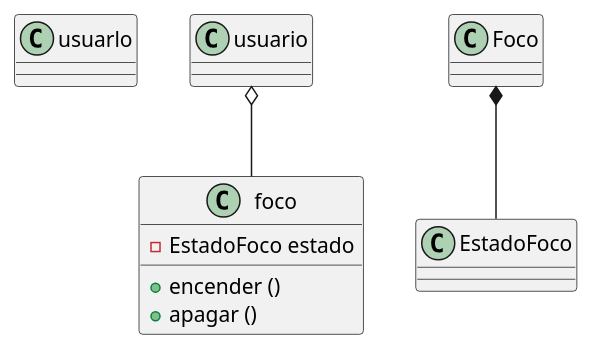
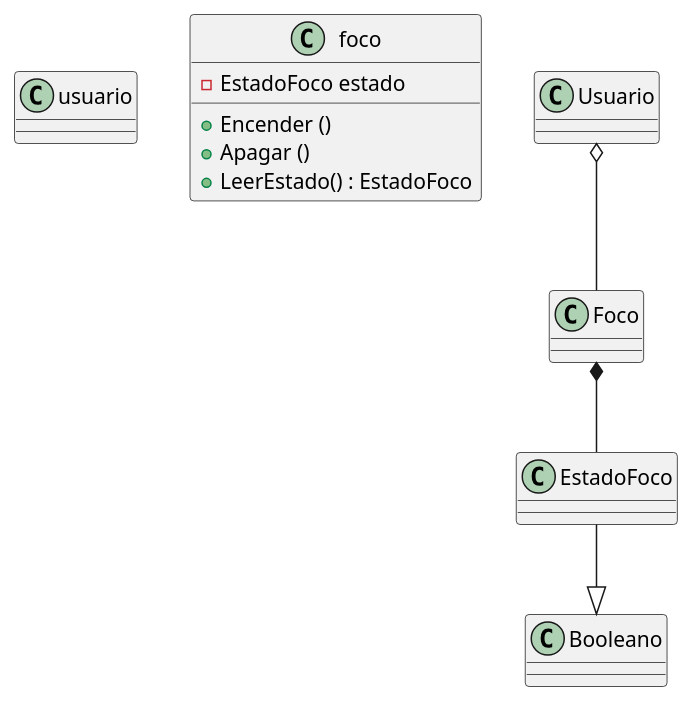
One commit to sofirdzzz/3E261-SegundoParcial changed the diagram in docs/foco.puml. Above: the diagram before and after it, drawn with PlantUML. The commit also changed 2 other files, not shown here.

```diff
--- a/docs/foco.puml
+++ b/docs/foco.puml
@@ -1,15 +1,17 @@
 @startuml foco
-class usuarlo
+class usuario
 class foco {
     -EstadoFoco estado 
-    + encender ()
-    + apagar ()
+    + Encender ()
+    + Apagar ()
+    +LeerEstado() : EstadoFoco
 
 }
  
  class EstadoFoco
 
-usuario o-- foco 
+Usuario o-- Foco 
 Foco *--EstadoFoco
+EstadoFoco --|>Booleano
  
  @enduml
```
